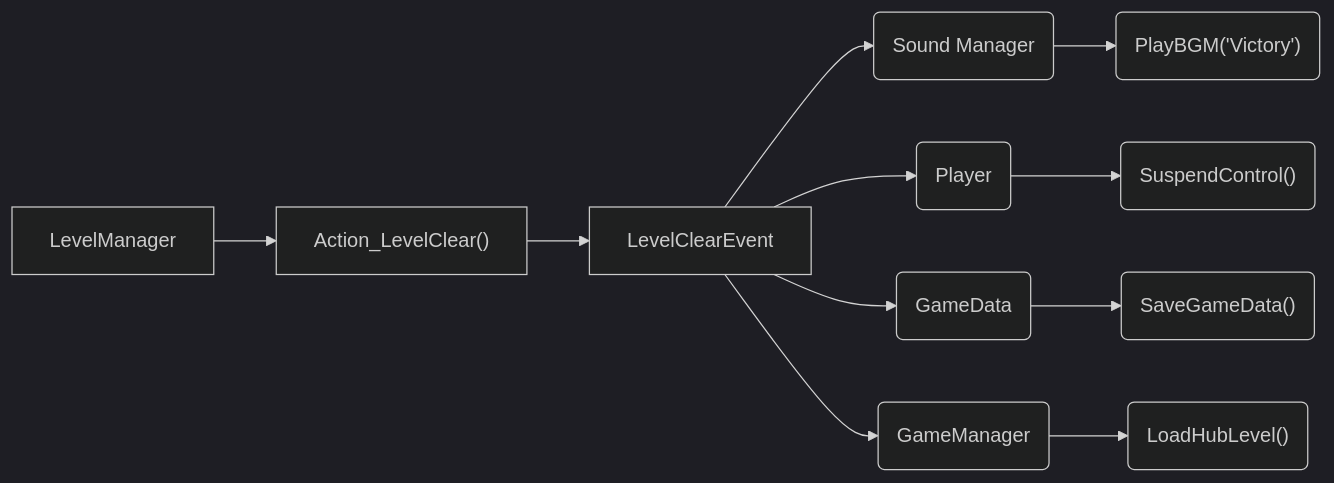
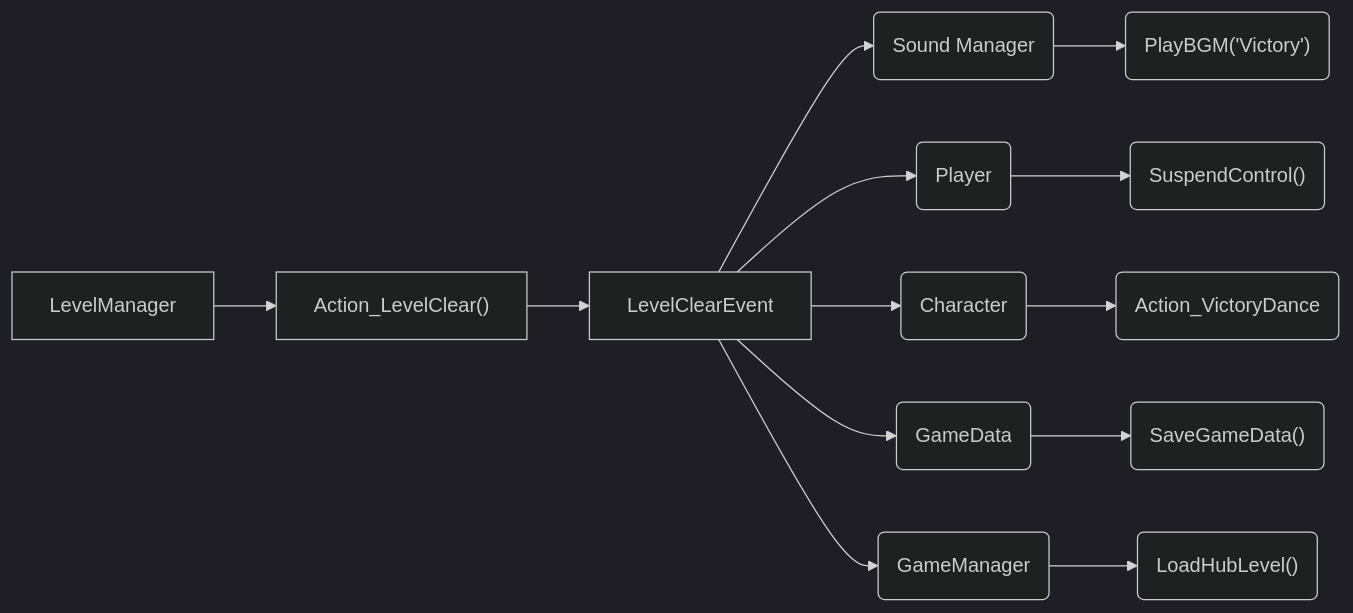
Before and after one commit to gsg-jay/GamePatterns: the diagram in EventFlow.md, drawn with Mermaid (dark theme).

````diff
--- a/EventFlow.md
+++ b/EventFlow.md
@@ -1,10 +1,11 @@
 ```mermaid
 flowchart LR;
 lm["LevelManager"]
 lm-->lc["Action_LevelClear()"]
 lc-->e["LevelClearEvent"]
 e-->sm("Sound Manager")-->smeh("PlayBGM('Victory')")
 e-->p("Player")-->peh("SuspendControl()")
+e-->ch("Character")-->cheh("Action_VictoryDance")
 e-->gd("GameData")-->gdeh("SaveGameData()")
 e-->gm("GameManager")-->gmeh("LoadHubLevel()");
 ```
````
